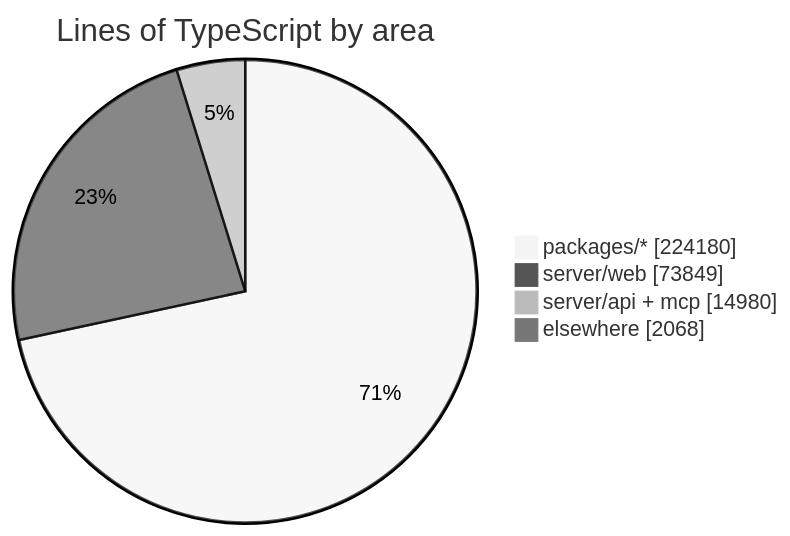
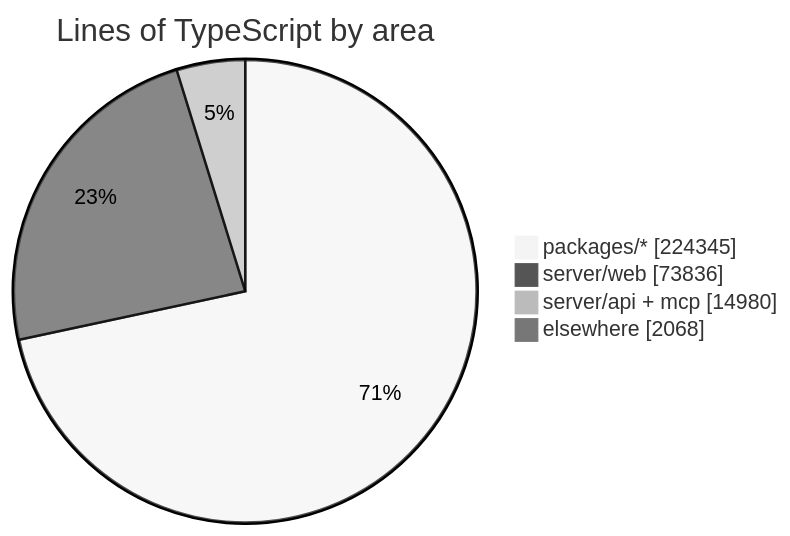
The diagram in README.md (crossworks-engineering/mantle), drawn with Mermaid (neutral theme) before and after one commit. The commit also changed other lines of this file and 2 other files, not shown here.

````diff
--- a/README.md
+++ b/README.md
@@ -287,7 +287,7 @@
 ```mermaid
 pie showData title Lines of TypeScript by area
-    "packages/*" : 224180
-    "server/web" : 73849
+    "packages/*" : 224345
+    "server/web" : 73836
     "server/api + mcp" : 14980
     "elsewhere" : 2068
 ```
````
